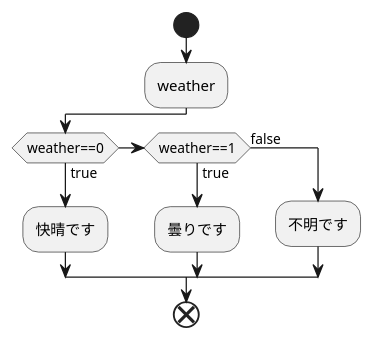
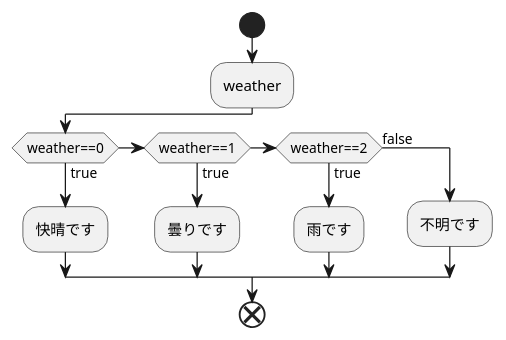
The diagram in kadai4.md (Aso2001384/2021sys-design), drawn with PlantUML before and after one commit.

````diff
--- a/kadai4.md
+++ b/kadai4.md
@@ -1,16 +1,18 @@
 ```uml
 @startuml
 start
 :weather;
 
 if(weather==0) then (true);
 :快晴です;
 else if(weather==1) then (true);
 :曇りです;
+else if(weather==2) then (true);
+:雨です;
 else (false);
 :不明です;
 endif;
 
 end
 @enduml
 ```
````
